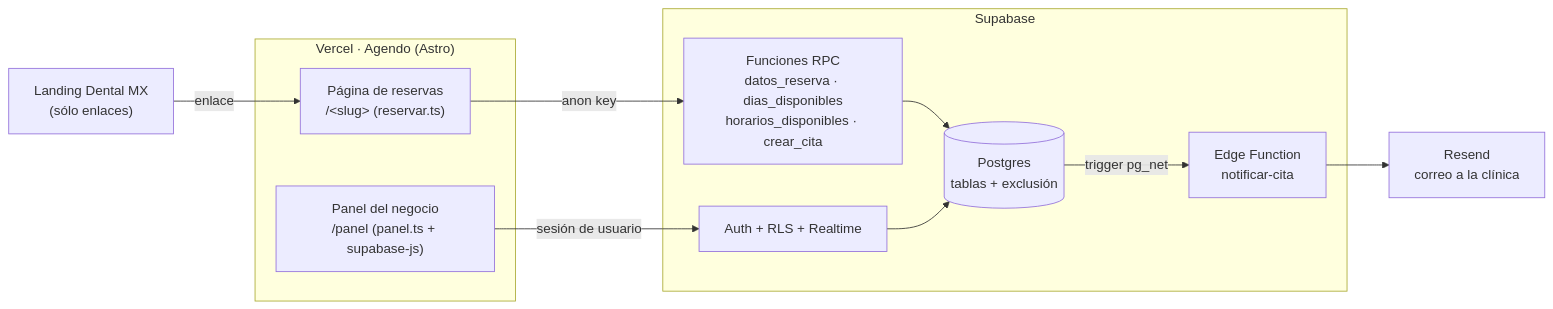
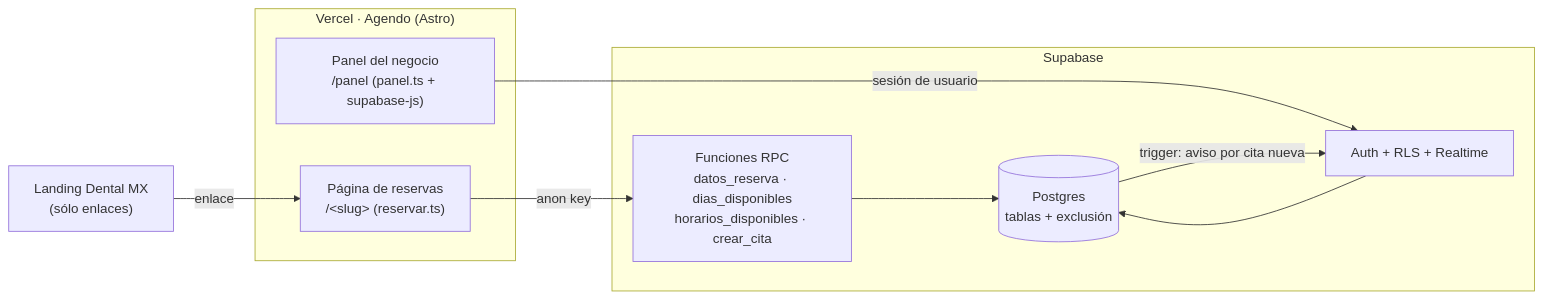
The diagram in PRD-reservas.md (jorgeramgar1815/index.html-), drawn with Mermaid before and after one commit. The commit also changed other lines of this file and 7 other files, not shown here.

First line of the commit message:
Panel: avisos de cita nueva dentro del panel (campana y bandeja) en lugar de correo

````diff
--- a/PRD-reservas.md
+++ b/PRD-reservas.md
@@ -56,21 +56,19 @@
 ```mermaid
 flowchart LR
   L["Landing Dental MX<br/>(sólo enlaces)"]
   subgraph Vercel["Vercel · Agendo (Astro)"]
     W["Página de reservas<br/>/&lt;slug&gt; (reservar.ts)"]
     P["Panel del negocio<br/>/panel (panel.ts + supabase-js)"]
   end
   subgraph Supabase
     R["Funciones RPC<br/>datos_reserva · dias_disponibles<br/>horarios_disponibles · crear_cita"]
     A["Auth + RLS + Realtime"]
     DB[("Postgres<br/>tablas + exclusión")]
-    F["Edge Function<br/>notificar-cita"]
   end
-  RS["Resend<br/>correo a la clínica"]
   L -- enlace --> W
   W -- anon key --> R
   P -- sesión de usuario --> A
   R --> DB
   A --> DB
-  DB -- trigger pg_net --> F --> RS
+  DB -- trigger: aviso por cita nueva --> A
 ```
````
